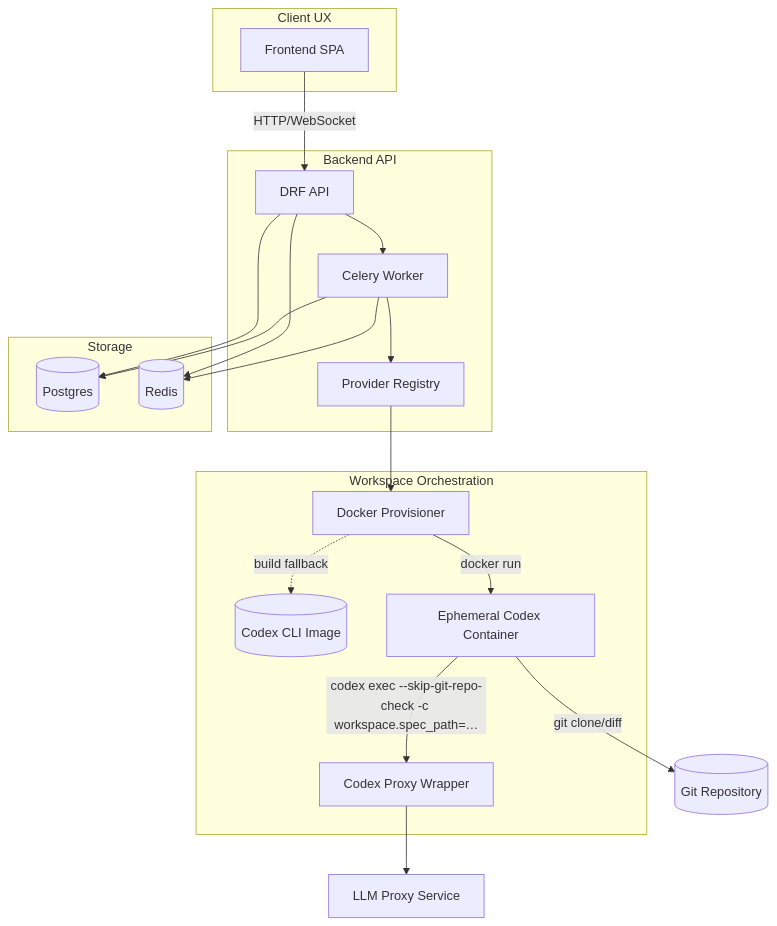
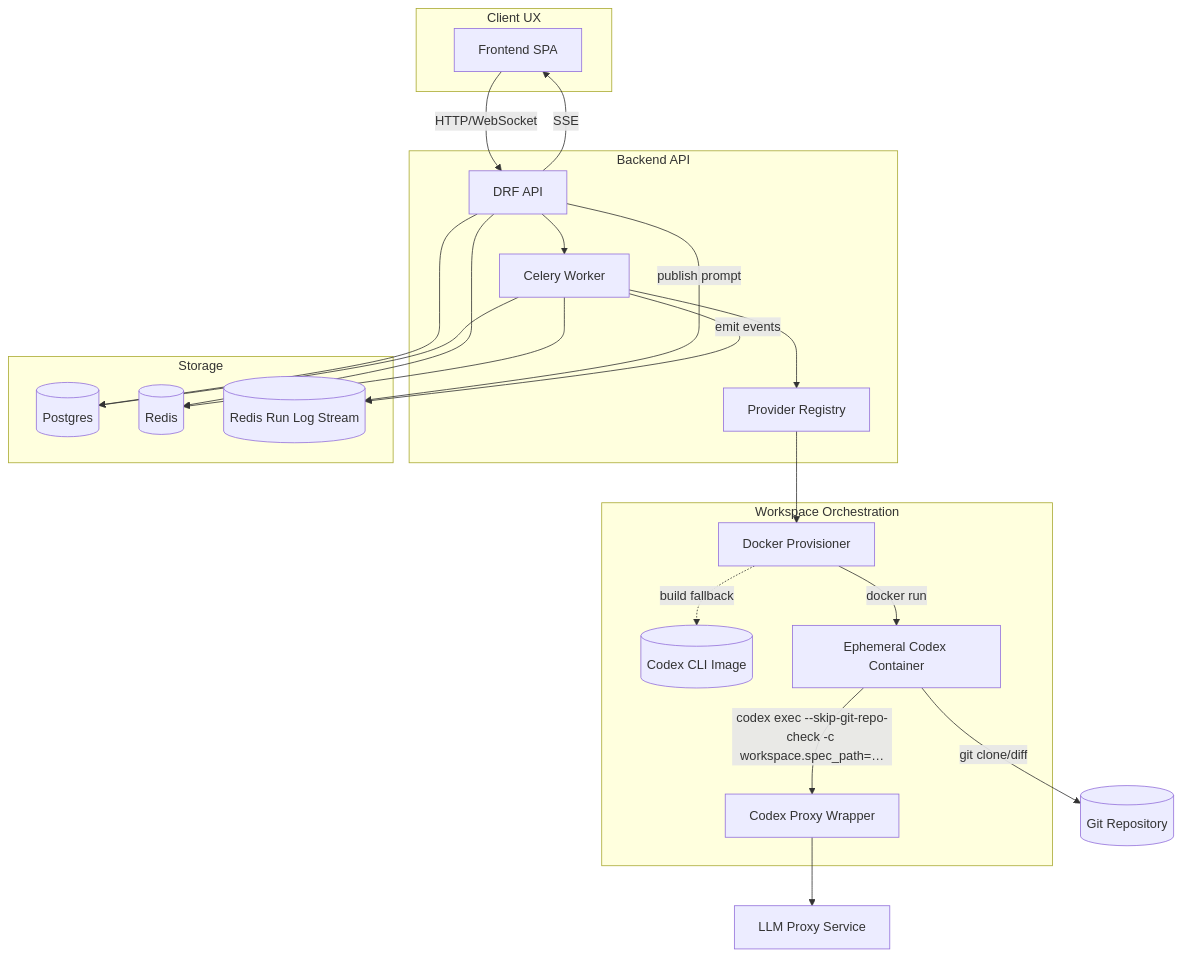
Before and after one commit to jeremyjouvancedev/AstraForge: the diagram in docs/architecture.md, drawn with Mermaid. The commit also changed other lines of this file and 14 other files, not shown here.

First line of the commit message:
feat: add Redis-backed run log streamer and improve request spec handling

````diff
--- a/docs/architecture.md
+++ b/docs/architecture.md
@@ -5,36 +5,40 @@
 ```mermaid
 graph TD
     subgraph Client UX
         FE[Frontend SPA]
     end
     subgraph Backend API
         API[DRF API]
         Worker[Celery Worker]
         Registry[Provider Registry]
     end
     subgraph Storage
         PG[(Postgres)]
         Redis[(Redis)]
+        RunLog[(Redis Run Log Stream)]
     end
     subgraph Workspace Orchestration
         Provisioner[Docker Provisioner]
         CLIImage[(Codex CLI Image)]
         Workspace[Ephemeral Codex Container]
         Proxy[Codex Proxy Wrapper]
     end
     LLMProxy[LLM Proxy Service]
 
     FE -->|HTTP/WebSocket| API
+    API -->|SSE| FE
     API --> PG
     API --> Redis
     Worker --> PG
     Worker --> Redis
     API --> Worker
     Worker --> Registry
+    API -->|publish prompt| RunLog
+    Worker -->|emit events| RunLog
     Registry --> Provisioner
     Provisioner -->|docker run| Workspace
     Provisioner -. build fallback .-> CLIImage
     Workspace -->|codex exec --skip-git-repo-check -c workspace.spec_path=…| Proxy
     Proxy --> LLMProxy
     Workspace -->|git clone/diff| Repo[(Git Repository)]
 ```
````
